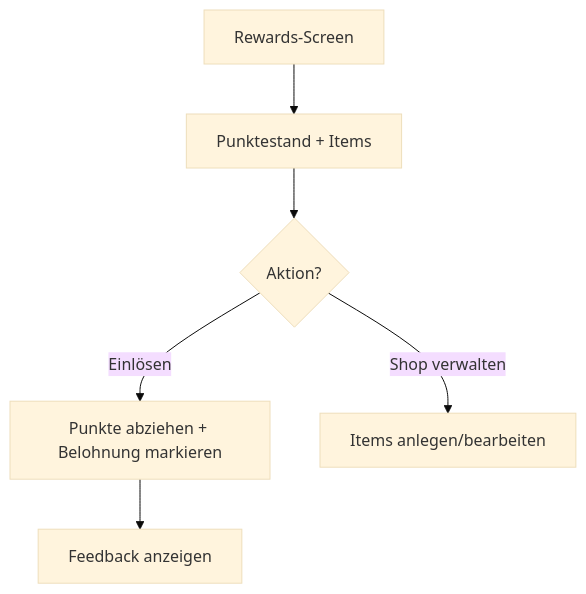
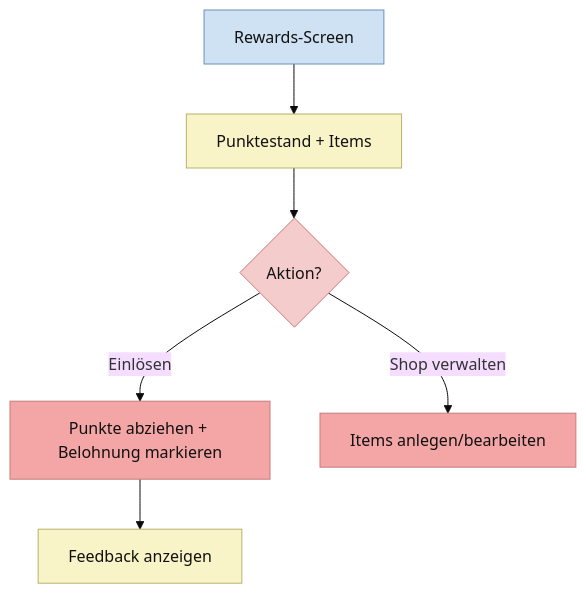
Diagram 14 of 23 in ABLAUFDIAGRAMM.md (Nejy190501/WGManager), drawn with Mermaid (base theme) before and after one commit. The commit also changed other lines of this file, not shown here.

````diff
--- a/ABLAUFDIAGRAMM.md
+++ b/ABLAUFDIAGRAMM.md
@@ -385,8 +567,21 @@
 ```mermaid
 flowchart TD
     A["Rewards-Screen"] --> B["Punktestand + Items"]
     B --> C{"Aktion?"}
     C -->|Einlösen| D["Punkte abziehen + Belohnung markieren"]
     C -->|Shop verwalten| E["Items anlegen/bearbeiten"]
     D --> F["Feedback anzeigen"]
+
+    classDef userAction fill:#ead1f2,stroke:#8e7cc3,color:#111;
+    classDef systemAction fill:#f9f4c7,stroke:#b7b26a,color:#111;
+    classDef userDecision fill:#f4cccc,stroke:#cc7a7a,color:#111;
+    classDef systemDecision fill:#fff2b2,stroke:#c9b458,color:#111;
+    classDef button fill:#f4a6a6,stroke:#c97b7b,color:#111;
+    classDef userInput fill:#f8d7da,stroke:#d49aa2,color:#111;
+    classDef screen fill:#cfe2f3,stroke:#6c8ebf,color:#111;
+
+    class B,F systemAction;
+    class C userDecision;
+    class D,E button;
+    class A screen;
 ```
````
